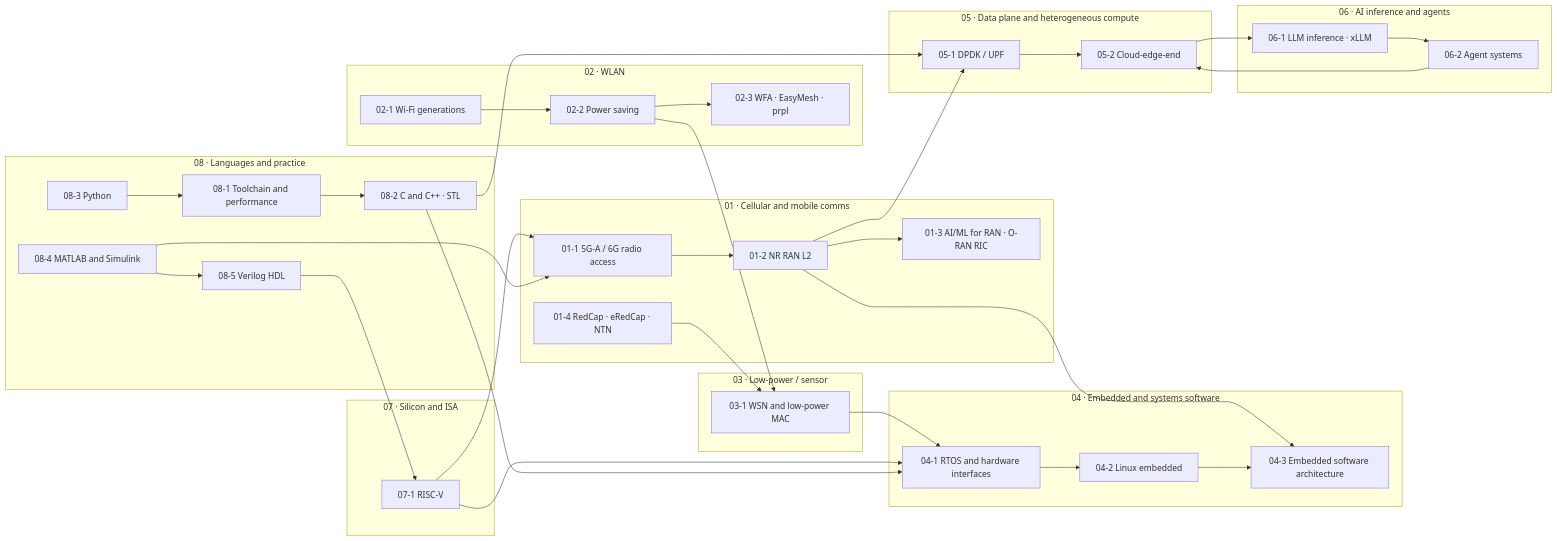
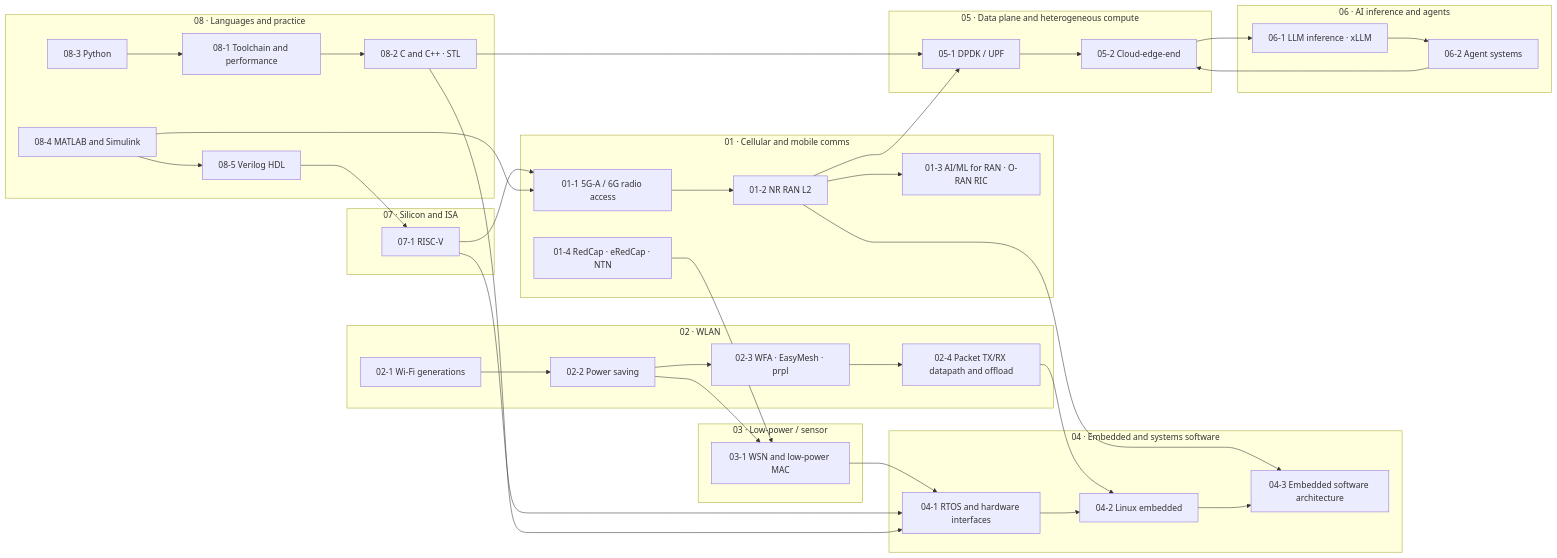
Before and after one commit to washingtonxr/xSkills: the second of 2 diagrams in knowledge-graph/00 MOC - Comms x Compute x AI Knowledge Graph.md, drawn with Mermaid. The commit also changed other lines of this file and 9 other files, not shown here.

Commit message:
Applend wifi trx packet datapath and offload procedures note.

````diff
--- a/knowledge-graph/00 MOC - Comms x Compute x AI Knowledge Graph.md
+++ b/knowledge-graph/00 MOC - Comms x Compute x AI Knowledge Graph.md
@@ -71,59 +71,62 @@
 ```mermaid
 flowchart LR
     subgraph g1["01 · Cellular and mobile comms"]
         c1["01-1 5G-A / 6G radio access"]
         c2["01-2 NR RAN L2"]
         c3["01-3 AI/ML for RAN · O-RAN RIC"]
         c4["01-4 RedCap · eRedCap · NTN"]
     end
     subgraph g2["02 · WLAN"]
         w1["02-1 Wi-Fi generations"]
         w2["02-2 Power saving"]
         w3["02-3 WFA · EasyMesh · prpl"]
+        w4["02-4 Packet TX/RX datapath and offload"]
     end
     subgraph g3["03 · Low-power / sensor"]
         s1["03-1 WSN and low-power MAC"]
     end
     subgraph g4["04 · Embedded and systems software"]
         e1["04-1 RTOS and hardware interfaces"]
         e2["04-2 Linux embedded"]
         e3["04-3 Embedded software architecture"]
     end
     subgraph g5["05 · Data plane and heterogeneous compute"]
         d1["05-1 DPDK / UPF"]
         d2["05-2 Cloud-edge-end"]
     end
     subgraph g6["06 · AI inference and agents"]
         i1["06-1 LLM inference · xLLM"]
         i2["06-2 Agent systems"]
     end
     subgraph g7["07 · Silicon and ISA"]
         r1["07-1 RISC-V"]
     end
     subgraph g8["08 · Languages and practice"]
         p1["08-1 Toolchain and performance"]
         p2["08-2 C and C++ · STL"]
         p3["08-3 Python"]
         p4["08-4 MATLAB and Simulink"]
         p5["08-5 Verilog HDL"]
     end
 
     c1 --> c2 --> c3
     c2 --> e3
     c4 --> s1
     w1 --> w2 --> w3
+    w3 --> w4
+    w4 --> e2
     w2 --> s1 --> e1
     e1 --> e2 --> e3
     c2 --> d1 --> d2
     d2 --> i1 --> i2
     i2 --> d2
     r1 --> c1
     r1 --> e1
     p2 --> e1
     p2 --> d1
     p1 --> p2
     p3 --> p1
     p4 --> c1
     p4 --> p5
     p5 --> r1
 ```
````
